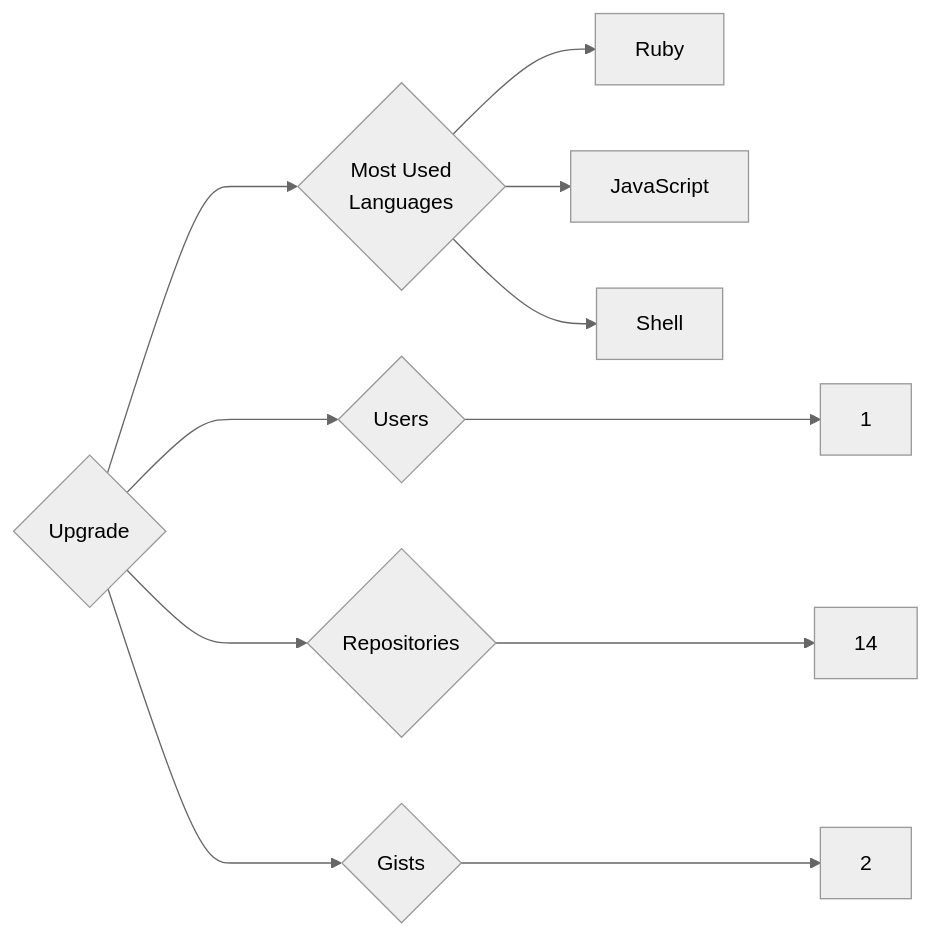
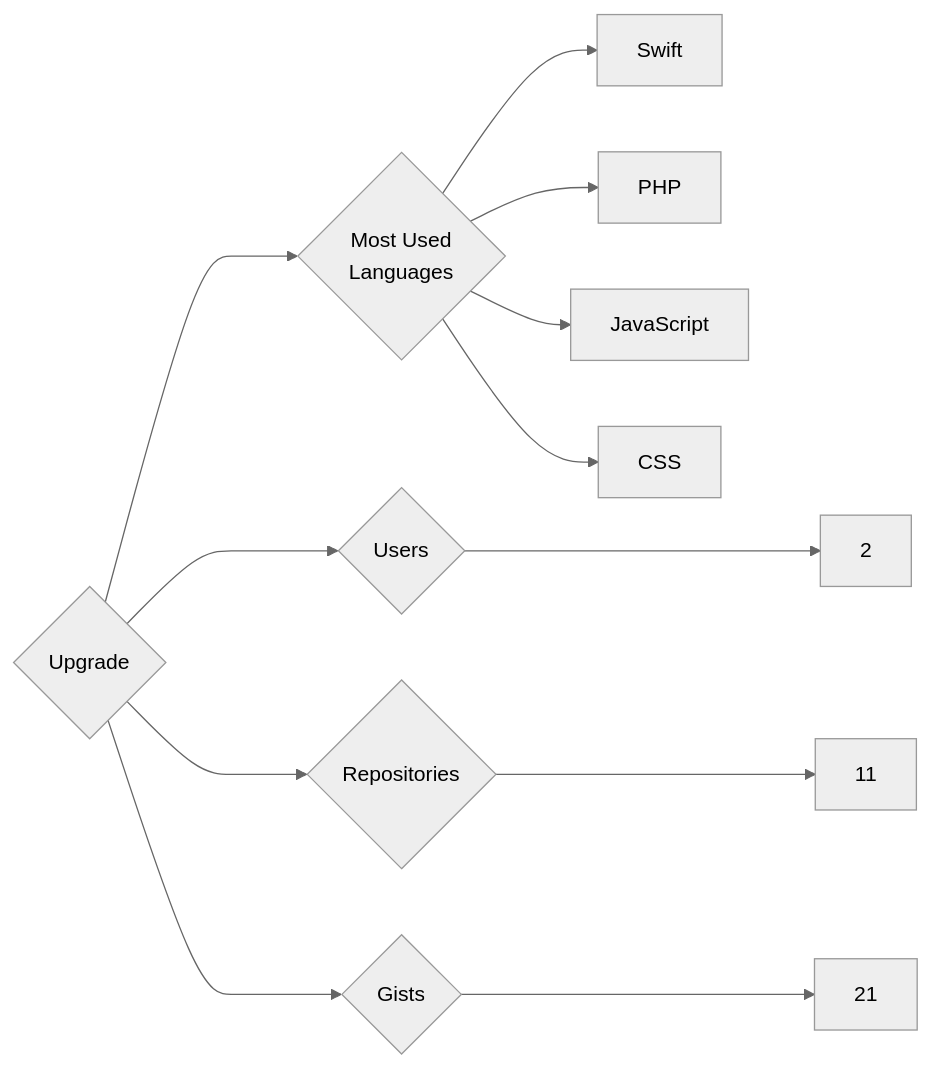
The diagram in targets/Upgrade/README.md (trickest/insiders), drawn with Mermaid (neutral theme) before and after one commit. The commit also changed 973 other files, not shown here.

````diff
--- a/targets/Upgrade/README.md
+++ b/targets/Upgrade/README.md
@@ -3,11 +3,12 @@
 ```mermaid
 graph LR
 COMPANY_NAME{Upgrade}
-COMPANY_NAME ---> U{Users} ---> UN[1]
-COMPANY_NAME ---> R{Repositories} ---> RN[14]
-COMPANY_NAME ---> G{Gists} ---> GN[2]
+COMPANY_NAME ---> U{Users} ---> UN[2]
+COMPANY_NAME ---> R{Repositories} ---> RN[11]
+COMPANY_NAME ---> G{Gists} ---> GN[21]
 COMPANY_NAME ---> ML{Most Used<br>Languages}
-ML --> Ruby[Ruby]
+ML --> Swift[Swift]
+ML --> PHP[PHP]
 ML --> JavaScript[JavaScript]
-ML --> Shell[Shell]
+ML --> CSS[CSS]
 ```
````
